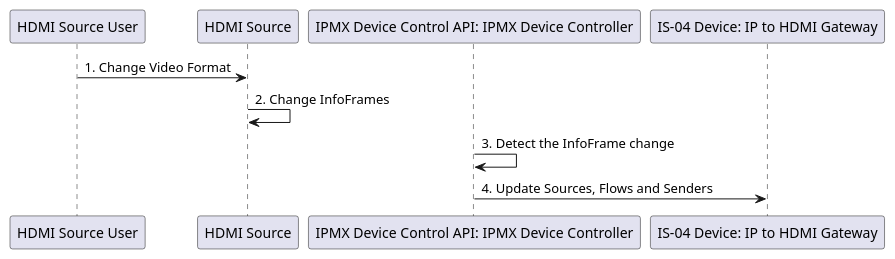
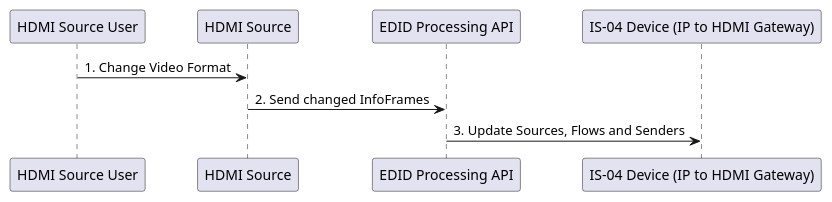
The diagram in docs/images/puml/infoframe_change_sequence.puml (AMWA-TV/bcp-005-01), drawn with PlantUML before and after one commit. The commit also changed 41 other files, not shown here.

First line of the commit message:
EDID Processing API and proofreading (#37)

```diff
--- a/docs/images/puml/infoframe_change_sequence.puml
+++ b/docs/images/puml/infoframe_change_sequence.puml
@@ -1,11 +1,10 @@
 @startuml
 participant "HDMI Source User"
 participant "HDMI Source"
-participant "IPMX Device Control API: IPMX Device Controller"
-participant "IS-04 Device: IP to HDMI Gateway"
+participant "EDID Processing API"
+participant "IS-04 Device (IP to HDMI Gateway)"
 
 "HDMI Source User" -> "HDMI Source": 1. Change Video Format
-"HDMI Source" -> "HDMI Source": 2. Change InfoFrames
-"IPMX Device Control API: IPMX Device Controller" -> "IPMX Device Control API: IPMX Device Controller": 3. Detect the InfoFrame change
-"IS-04 Device: IP to HDMI Gateway" <- "IPMX Device Control API: IPMX Device Controller": 4. Update Sources, Flows and Senders
+"HDMI Source" -> "EDID Processing API": 2. Send changed InfoFrames
+"IS-04 Device (IP to HDMI Gateway)" <- "EDID Processing API": 3. Update Sources, Flows and Senders
 @enduml
```
